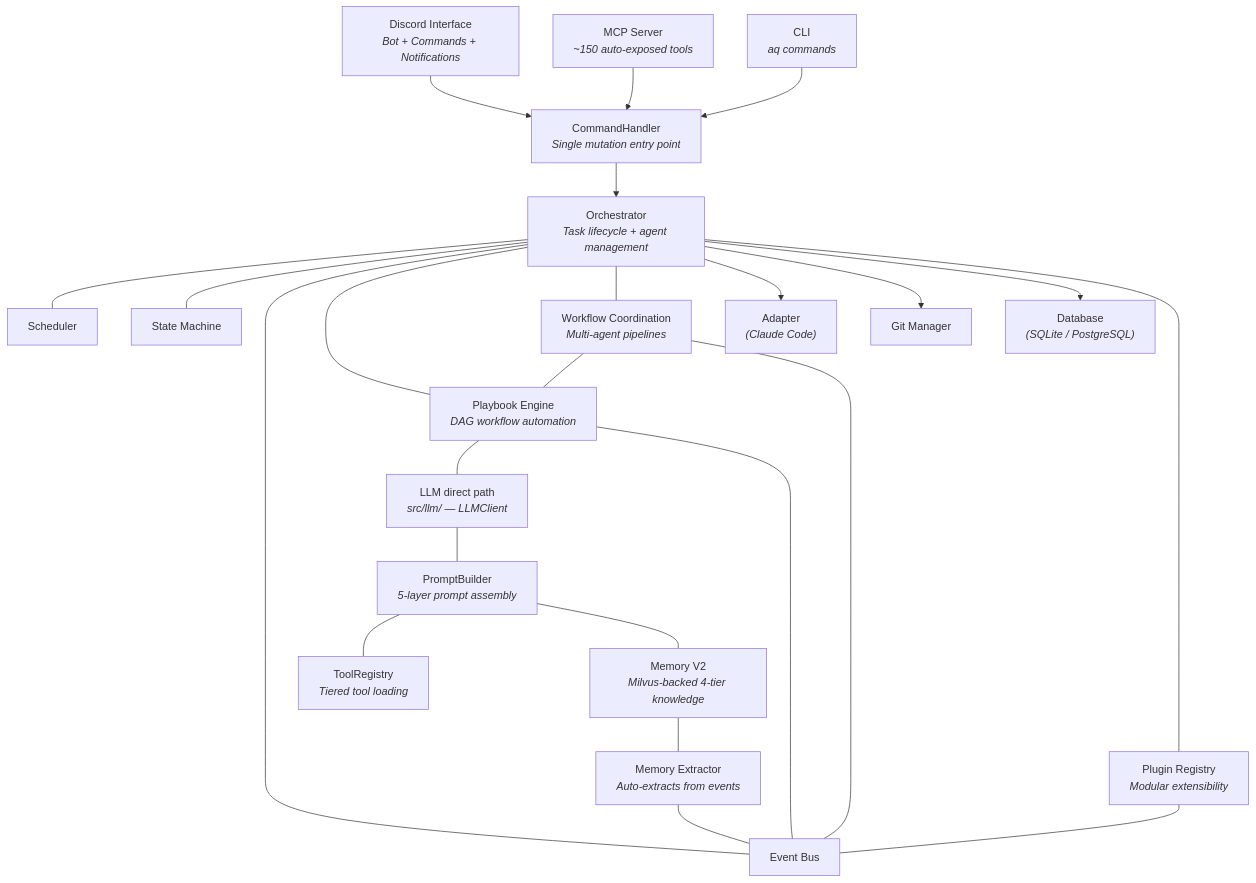
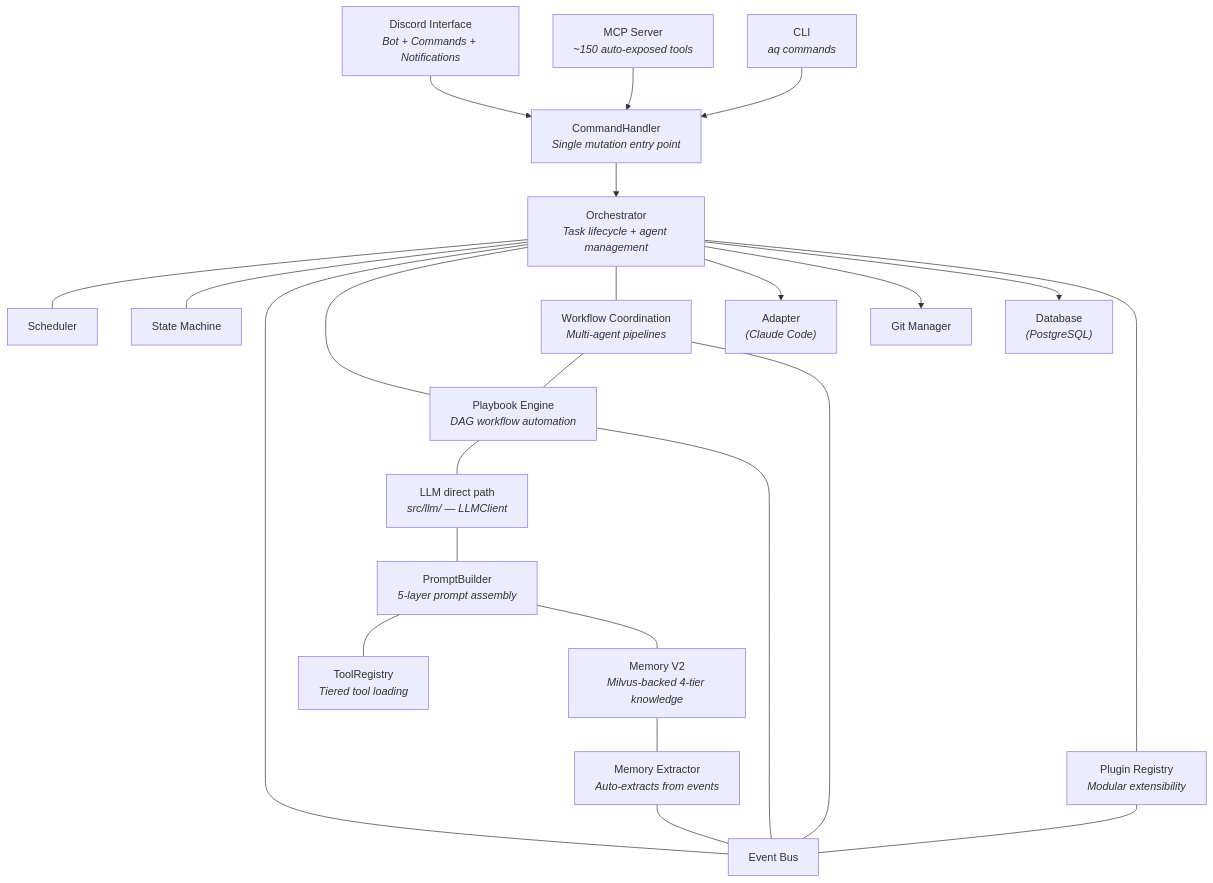
The diagram in docs/guides/architecture.md (ElectricJack/agent-queue), drawn with Mermaid before and after one commit. The commit also changed other lines of this file and 31 other files, not shown here.

````diff
--- a/docs/guides/architecture.md
+++ b/docs/guides/architecture.md
@@ -13,45 +13,45 @@
 ```mermaid
 graph TD
     Discord["Discord Interface<br/><i>Bot + Commands + Notifications</i>"]
     MCP["MCP Server<br/><i>~150 auto-exposed tools</i>"]
     CLI["CLI<br/><i>aq commands</i>"]
     CmdHandler["CommandHandler<br/><i>Single mutation entry point</i>"]
     LLM["LLM direct path<br/><i>src/llm/ — LLMClient</i>"]
     PB["PromptBuilder<br/><i>5-layer prompt assembly</i>"]
     TR["ToolRegistry<br/><i>Tiered tool loading</i>"]
     Orch["Orchestrator<br/><i>Task lifecycle + agent management</i>"]
     Sched[Scheduler]
     SM[State Machine]
     EB[Event Bus]
     Playbooks["Playbook Engine<br/><i>DAG workflow automation</i>"]
     Plugins["Plugin Registry<br/><i>Modular extensibility</i>"]
     Adapter["Adapter<br/><i>(Claude Code)</i>"]
     Git["Git Manager"]
-    DB["Database<br/><i>(SQLite / PostgreSQL)</i>"]
+    DB["Database<br/><i>(PostgreSQL)</i>"]
     Memory["Memory V2<br/><i>Milvus-backed 4-tier knowledge</i>"]
     Extractor["Memory Extractor<br/><i>Auto-extracts from events</i>"]
     Workflows["Workflow Coordination<br/><i>Multi-agent pipelines</i>"]
 
     Discord --> CmdHandler --> Orch
     MCP --> CmdHandler
     CLI --> CmdHandler
     Playbooks --- LLM
     LLM --- PB
     PB --- TR
     PB --- Memory
     Orch --- Sched
     Orch --- SM
     Orch --- EB
     Orch --- Playbooks
     Orch --- Workflows
     Orch --> Adapter
     Orch --> Git
     Orch --> DB
     Orch --- Plugins
     Workflows --- Playbooks
     Workflows --- EB
     Memory --- Extractor
     Extractor --- EB
     Playbooks --- EB
     Plugins --- EB
 ```
````
